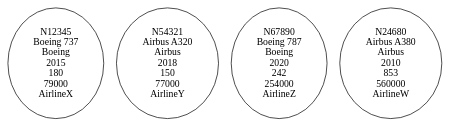
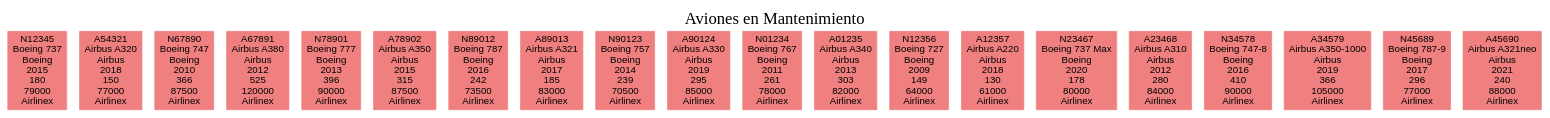
Before and after one commit to javieer24/202100081_EDD_Practica: the diagram in aviones_mantenimiento.dot, drawn with Graphviz. The commit also changed 14 other files, not shown here.

```diff
--- a/aviones_mantenimiento.dot
+++ b/aviones_mantenimiento.dot
@@ -1,7 +1,26 @@
 digraph AvionesMantenimiento {
-    N12345 [label="N12345\nBoeing 737\nBoeing\n2015\n180\n79000\nAirlineX"];
-    N54321 [label="N54321\nAirbus A320\nAirbus\n2018\n150\n77000\nAirlineY"];
-    N67890 [label="N67890\nBoeing 787\nBoeing\n2020\n242\n254000\nAirlineZ"];
-    N24680 [label="N24680\nAirbus A380\nAirbus\n2010\n853\n560000\nAirlineW"];
-    N12345 [label="N12345\nBoeing 737\nBoeing\n2015\n180\n79000\nAirlineX"];
+    label="Aviones en Mantenimiento";
+    labelloc="t";
+    fontsize=24;
+    node [shape=box, style=filled, color=lightcoral, fontname="Helvetica,Arial,sans-serif"];
+    N12345 [label="N12345\nBoeing 737\nBoeing\n2015\n180\n79000\nAirlinex"];
+    A54321 [label="A54321\nAirbus A320\nAirbus\n2018\n150\n77000\nAirlinex"];
+    N67890 [label="N67890\nBoeing 747\nBoeing\n2010\n366\n87500\nAirlinex"];
+    A67891 [label="A67891\nAirbus A380\nAirbus\n2012\n525\n120000\nAirlinex"];
+    N78901 [label="N78901\nBoeing 777\nBoeing\n2013\n396\n90000\nAirlinex"];
+    A78902 [label="A78902\nAirbus A350\nAirbus\n2015\n315\n87500\nAirlinex"];
+    N89012 [label="N89012\nBoeing 787\nBoeing\n2016\n242\n73500\nAirlinex"];
+    A89013 [label="A89013\nAirbus A321\nAirbus\n2017\n185\n83000\nAirlinex"];
+    N90123 [label="N90123\nBoeing 757\nBoeing\n2014\n239\n70500\nAirlinex"];
+    A90124 [label="A90124\nAirbus A330\nAirbus\n2019\n295\n85000\nAirlinex"];
+    N01234 [label="N01234\nBoeing 767\nBoeing\n2011\n261\n78000\nAirlinex"];
+    A01235 [label="A01235\nAirbus A340\nAirbus\n2013\n303\n82000\nAirlinex"];
+    N12356 [label="N12356\nBoeing 727\nBoeing\n2009\n149\n64000\nAirlinex"];
+    A12357 [label="A12357\nAirbus A220\nAirbus\n2018\n130\n61000\nAirlinex"];
+    N23467 [label="N23467\nBoeing 737 Max\nBoeing\n2020\n178\n80000\nAirlinex"];
+    A23468 [label="A23468\nAirbus A310\nAirbus\n2012\n280\n84000\nAirlinex"];
+    N34578 [label="N34578\nBoeing 747-8\nBoeing\n2016\n410\n90000\nAirlinex"];
+    A34579 [label="A34579\nAirbus A350-1000\nAirbus\n2019\n366\n105000\nAirlinex"];
+    N45689 [label="N45689\nBoeing 787-9\nBoeing\n2017\n296\n77000\nAirlinex"];
+    A45690 [label="A45690\nAirbus A321neo\nAirbus\n2021\n240\n88000\nAirlinex"];
 }
```
